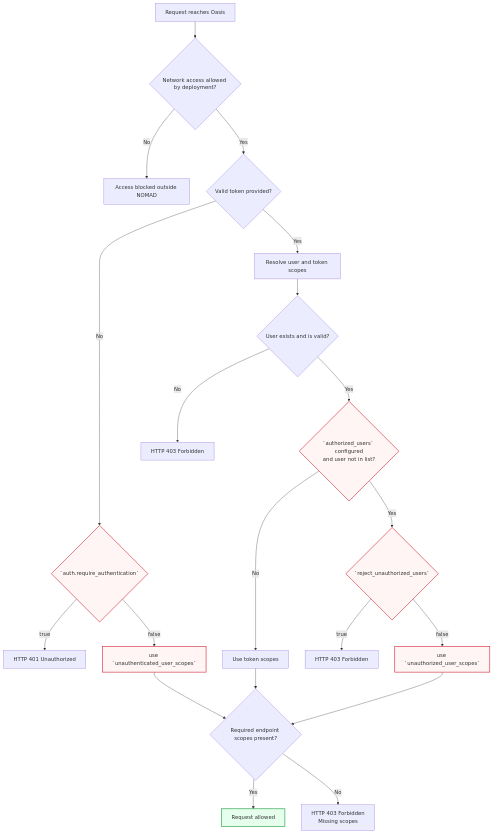
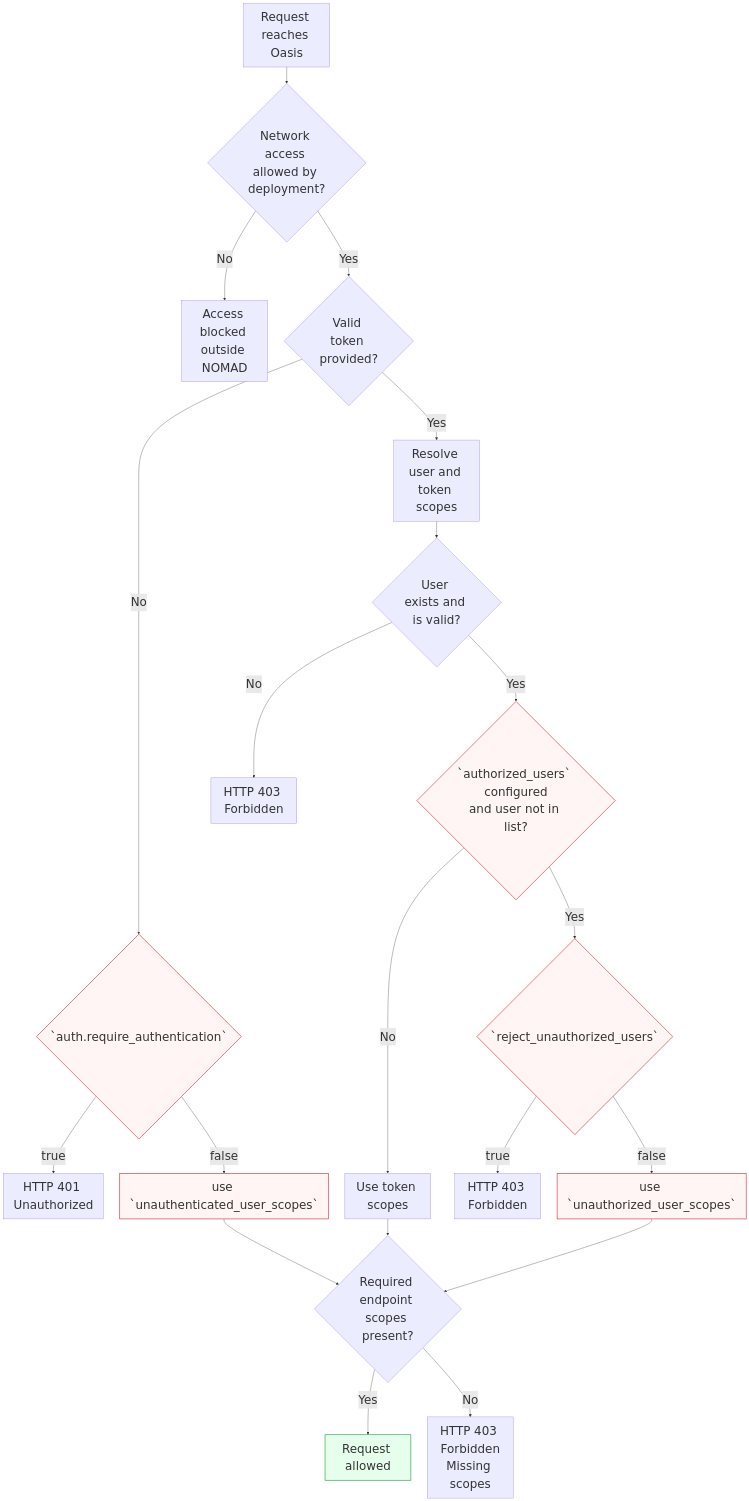
One commit to FAIRmat-NFDI/nomad-docs changed the diagram in docs/explanation/auth.md. Above: the diagram before and after it, drawn with Mermaid. The commit also changed other lines of this file, not shown here.

Commit message:
increase mermaid diagram fontsize

````diff
--- a/docs/explanation/auth.md
+++ b/docs/explanation/auth.md
@@ -15,33 +13,38 @@
 ```mermaid
+%%{init:{
+  'themeVariables': {
+    'fontSize': '36px'
+  }
+}}%%
 flowchart TD
     A[Request reaches Oasis] --> B{Network access allowed by deployment?}
     B -- No --> X[Access blocked outside NOMAD]
     B -- Yes --> C{Valid token provided?}
 
     C -- No --> D{`auth.require_authentication`}
     D -- true --> Y[HTTP 401 Unauthorized]
     D -- false --> E[use `unauthenticated_user_scopes`]
 
     C -- Yes --> F[Resolve user and token scopes]
     F --> G{User exists and is valid?}
     G -- No --> Z[HTTP 403 Forbidden]
     G -- Yes --> H{`authorized_users` configured<br/>and user not in list?}
 
     H -- No --> I[Use token scopes]
     H -- Yes --> J{`reject_unauthorized_users`}
     J -- true --> K[HTTP 403 Forbidden]
     J -- false --> L[use `unauthorized_user_scopes`]
 
     E --> M{Required endpoint scopes present?}
     I --> M
     L --> M
 
     M -- Yes --> N[Request allowed]
     M -- No --> O[HTTP 403 Forbidden<br/>Missing scopes]
 
     class D,E,H,J,L config
     class N success
 
     classDef config fill:#fff5f5,stroke:#d73a49,stroke-width:2px;
     classDef success fill:#e6ffed,stroke:#2ea44f,stroke-width:2px;
 ```
````
